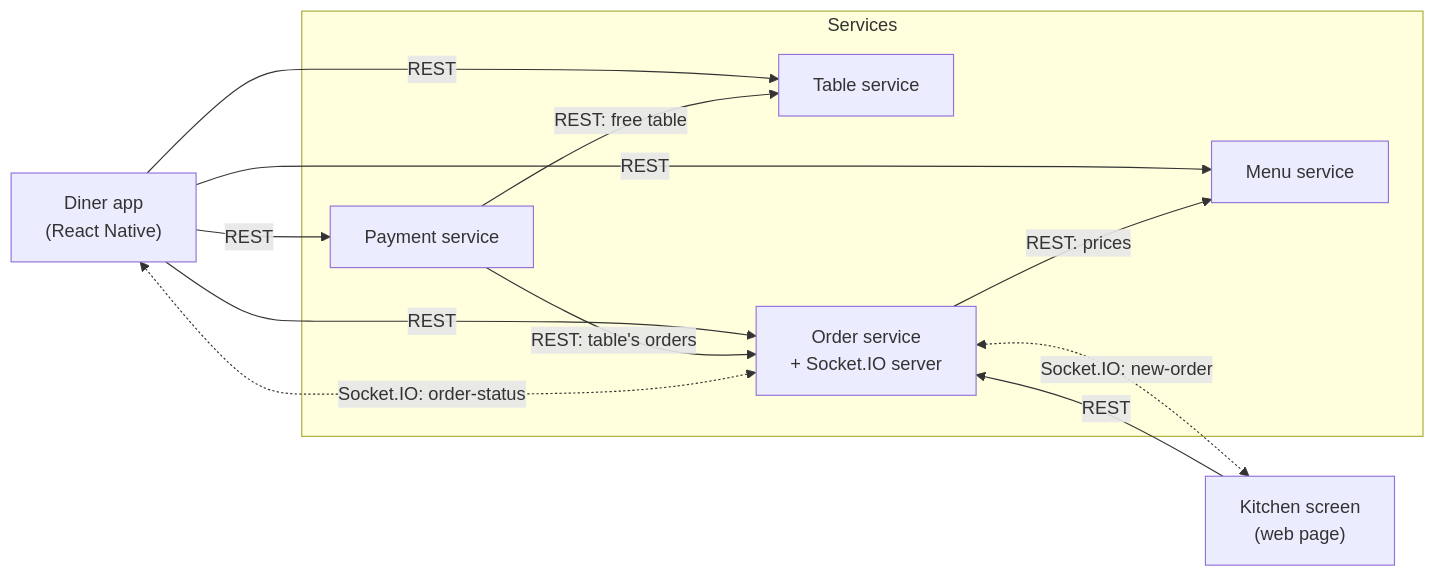
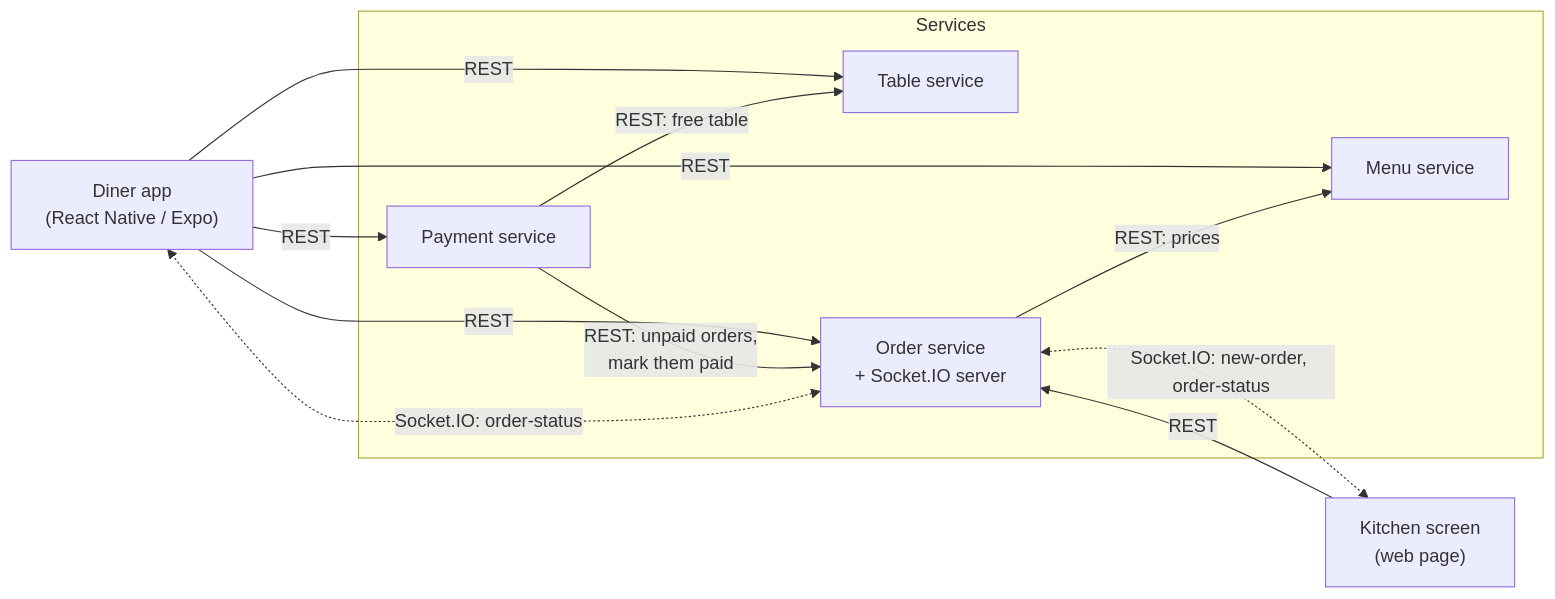
Before and after one commit to Olti1947/microservices-restaurant-app: the first of 2 diagrams in docs/architecture.md, drawn with Mermaid. The commit also changed other lines of this file and 2 other files, not shown here.

````diff
--- a/docs/architecture.md
+++ b/docs/architecture.md
@@ -28,25 +28,25 @@
 ```mermaid
 flowchart LR
-    Diner["Diner app<br/>(React Native)"]
+    Diner["Diner app<br/>(React Native / Expo)"]
     Kitchen["Kitchen screen<br/>(web page)"]
 
     subgraph Services
         Table["Table service"]
         Menu["Menu service"]
         Order["Order service<br/>+ Socket.IO server"]
         Payment["Payment service"]
     end
 
     Diner -- REST --> Table
     Diner -- REST --> Menu
     Diner -- REST --> Order
     Diner -- REST --> Payment
     Kitchen -- REST --> Order
 
     Order -- "REST: prices" --> Menu
-    Payment -- "REST: table's orders" --> Order
+    Payment -- "REST: unpaid orders,<br/>mark them paid" --> Order
     Payment -- "REST: free table" --> Table
 
     Order <-. "Socket.IO: order-status" .-> Diner
-    Order <-. "Socket.IO: new-order" .-> Kitchen
+    Order <-. "Socket.IO: new-order, order-status" .-> Kitchen
 ```
````
